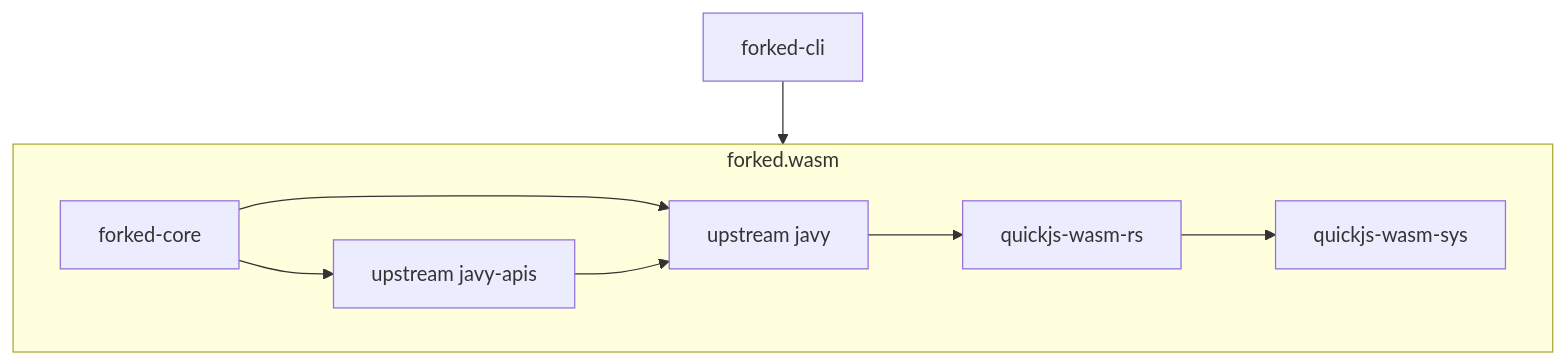
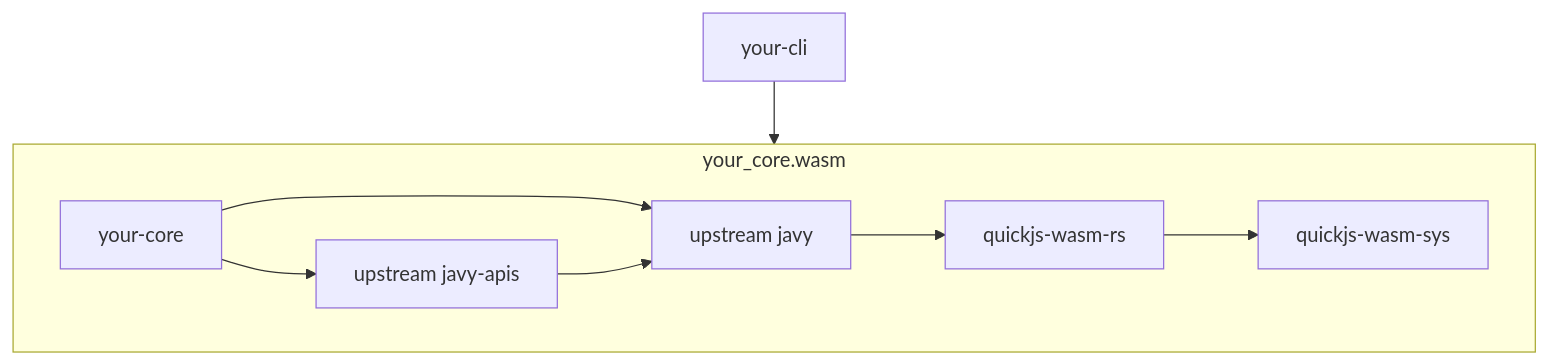
Before and after one commit to bytecodealliance/javy: the diagram in docs/extending.md, drawn with Mermaid. The commit also changed other lines of this file, not shown here.

````diff
--- a/docs/extending.md
+++ b/docs/extending.md
@@ -9,11 +9,11 @@
 ```mermaid
 flowchart TD
-  forked-cli --> wasm
-  subgraph wasm[forked.wasm]
-  forked-core --> javy[upstream javy]
-  forked-core --> javy-apis[upstream javy-apis]
+  your-cli --> wasm
+  subgraph wasm[your_core.wasm]
+  your-core --> javy[upstream javy]
+  your-core --> javy-apis[upstream javy-apis]
   javy-apis --> javy
   javy --> quickjs-wasm-rs
   quickjs-wasm-rs --> quickjs-wasm-sys
   end
 ```
````
